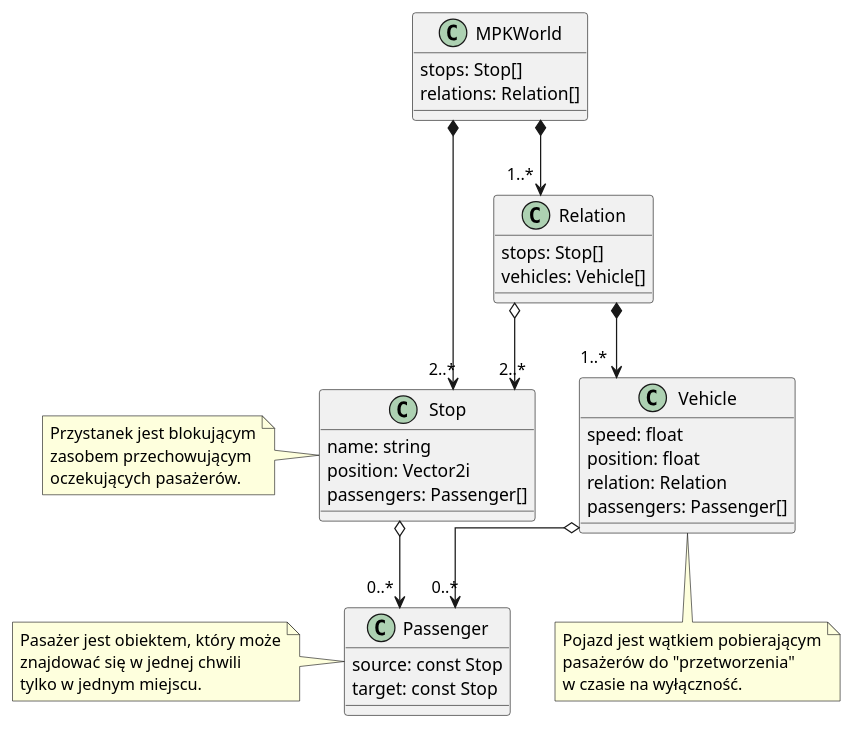
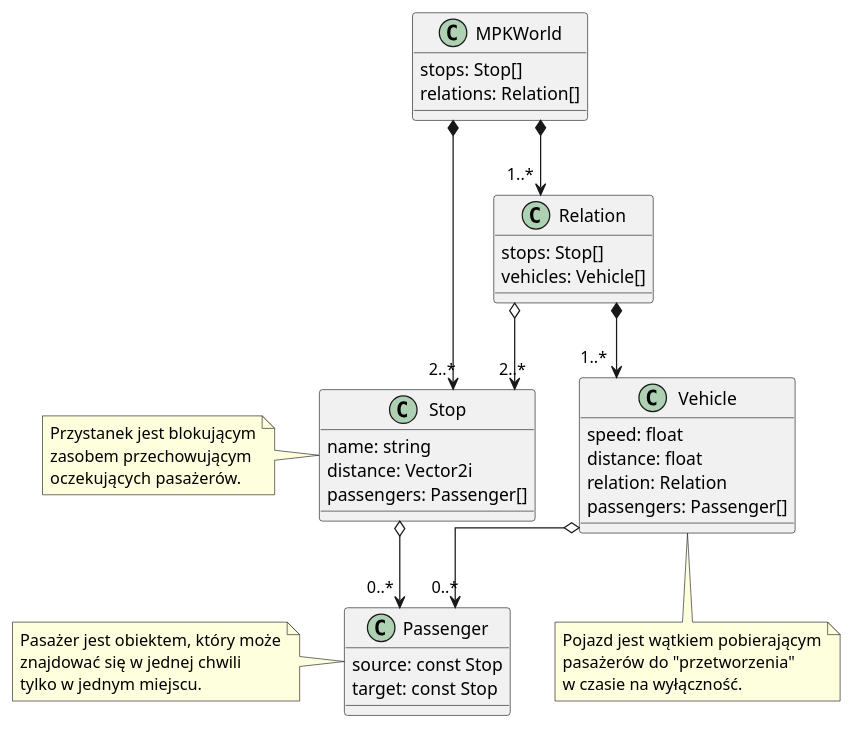
One commit to damiankoper/so2 changed the diagram in docs/diagrams/src/MPKWorld.pu. Above: the diagram before and after it, drawn with PlantUML. The commit also changed 14 other files, not shown here.

```diff
--- a/docs/diagrams/src/MPKWorld.pu
+++ b/docs/diagrams/src/MPKWorld.pu
@@ -1,57 +1,57 @@
 @startuml MPK_World
 skinparam Linetype ortho
 class MPKWorld{
     stops: Stop[]
     relations: Relation[]
 }
 
 class Stop {
     name: string
-    position: Vector2i
+    distance: Vector2i
     passengers: Passenger[]
 }
 
 class Passenger {
     source: const Stop
     target: const Stop 
 }
 
 class Relation {
     stops: Stop[]
     vehicles: Vehicle[]
 }
 
 class Vehicle{
     speed: float
-    position: float
+    distance: float
     relation: Relation
     passengers: Passenger[]
 }
 
 MPKWorld *--> "2..*" Stop
 MPKWorld *--> "1..*" Relation
 Relation o--> "2..*" Stop
 
 Relation *--> "1..*" Vehicle
 
 Stop o--> "0..*" Passenger
 Vehicle o--> "0..*" Passenger
 
 note left of Stop
     Przystanek jest blokującym
     zasobem przechowującym 
     oczekujących pasażerów.
 end note
 
 note bottom of Vehicle
     Pojazd jest wątkiem pobierającym
     pasażerów do "przetworzenia"
     w czasie na wyłączność.
 end note
 
 note left of Passenger
     Pasażer jest obiektem, który może
     znajdować się w jednej chwili
     tylko w jednym miejscu.
 end note
 @enduml
```
